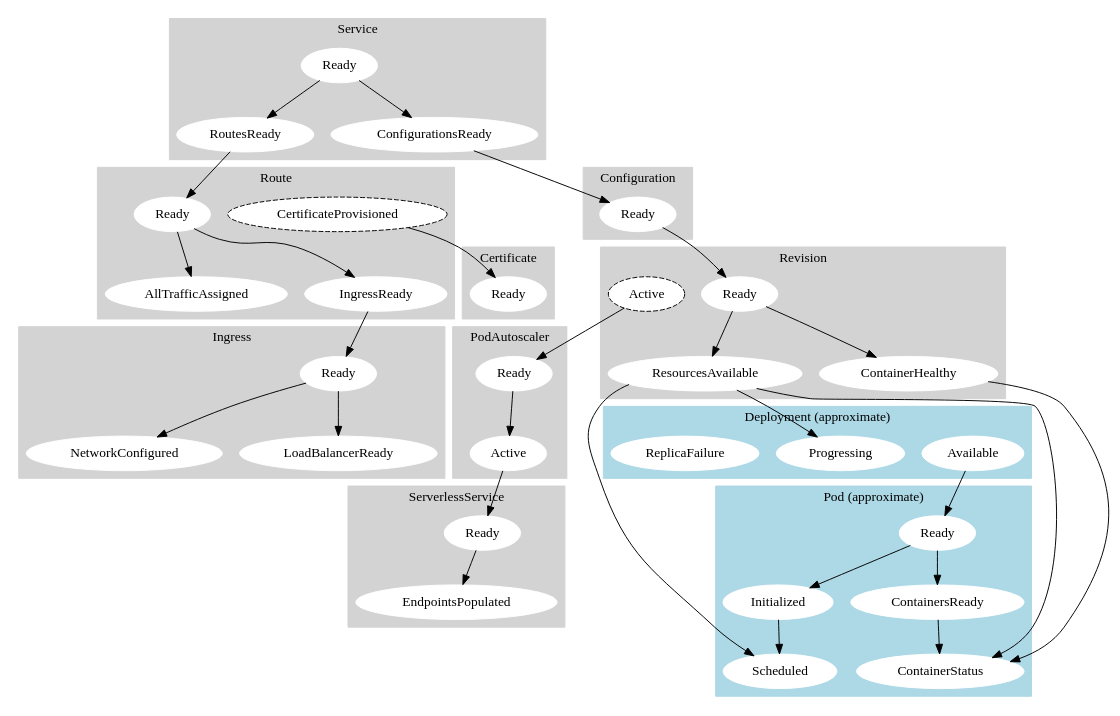
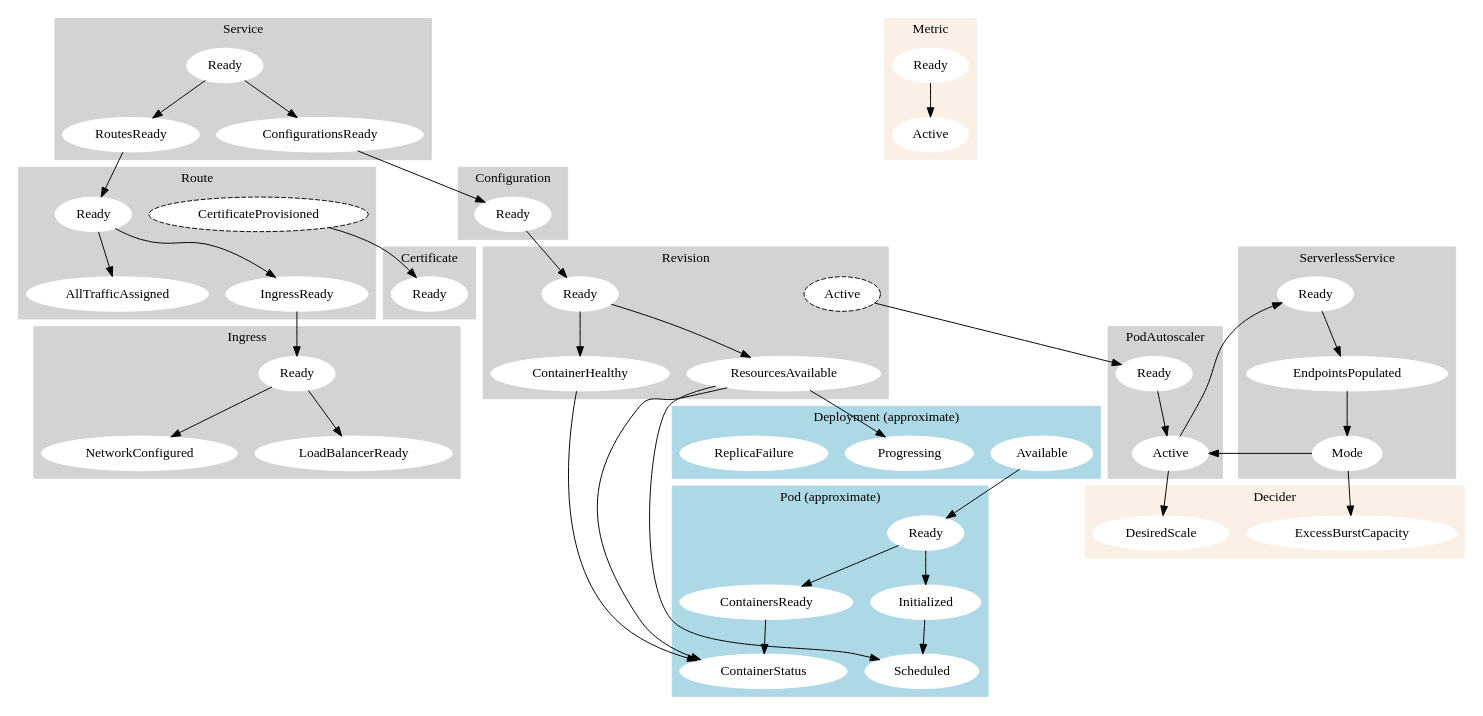
One commit to jonjohnsonjr/graphviz changed the diagram in src/lifecycle.dot. Above: the diagram before and after it, drawn with Graphviz.

Commit message:
Add pseudo-resources

```diff
--- a/src/lifecycle.dot
+++ b/src/lifecycle.dot
@@ -1,136 +1,164 @@
 digraph lifecycle {
   graph [style=filled,color=lightgrey]
   node [style=filled,color=white];
 
   subgraph cluster_service {
     label = "Service";
     href="https://godoc.org/github.com/knative/serving/pkg/apis/serving/v1alpha1#ServiceStatus"
 
     ServiceConditionReady [label=Ready, href="https://godoc.org/github.com/knative/serving/pkg/apis/serving/v1alpha1#ServiceConditionReady"]
     ServiceConditionConfigurationsReady [label=ConfigurationsReady, href="https://godoc.org/github.com/knative/serving/pkg/apis/serving/v1alpha1#ServiceConditionConfigurationsReady"]
     ServiceConditionRoutesReady [label=RoutesReady, href="https://godoc.org/github.com/knative/serving/pkg/apis/serving/v1alpha1#ServiceConditionRoutesReady"]
 
     ServiceConditionReady -> ServiceConditionConfigurationsReady
     ServiceConditionReady -> ServiceConditionRoutesReady
   }
 
   subgraph cluster_route {
     label = "Route";
     href="https://godoc.org/github.com/knative/serving/pkg/apis/serving/v1alpha1#RouteStatus"
 
     RouteConditionReady [label=Ready, href="https://godoc.org/github.com/knative/serving/pkg/apis/serving/v1alpha1#RouteConditionReady"]
     RouteConditionAllTrafficAssigned [label=AllTrafficAssigned, href="https://godoc.org/github.com/knative/serving/pkg/apis/serving/v1alpha1#RouteConditionAllTrafficAssigned"]
     RouteConditionIngressReady [label=IngressReady, href="https://godoc.org/github.com/knative/serving/pkg/apis/serving/v1alpha1#RouteConditionIngressReady"]
     RouteConditionCertificateProvisioned [label=CertificateProvisioned,style="filled,dashed",fillcolor=white,color=black, href="https://godoc.org/github.com/knative/serving/pkg/apis/serving/v1alpha1#RouteConditionCertificateProvisioned"]
 
     RouteConditionReady -> RouteConditionAllTrafficAssigned
     RouteConditionReady -> RouteConditionIngressReady
   }
 
   subgraph cluster_configuration {
     label = "Configuration";
     href="https://godoc.org/github.com/knative/serving/pkg/apis/serving/v1alpha1#ConfigurationStatus"
 
     ConfigurationConditionReady [label=Ready, href="https://godoc.org/github.com/knative/serving/pkg/apis/serving/v1alpha1#ConfigurationConditionReady"]
   }
 
   subgraph cluster_revision {
     label = "Revision";
     href="https://godoc.org/github.com/knative/serving/pkg/apis/serving/v1alpha1#RevisionStatus"
 
     RevisionConditionReady [label=Ready, href="https://godoc.org/github.com/knative/serving/pkg/apis/serving/v1alpha1#RevisionConditionReady"]
     RevisionConditionResourcesAvailable [label=ResourcesAvailable, href="https://godoc.org/github.com/knative/serving/pkg/apis/serving/v1alpha1#RevisionConditionResourcesAvailable"]
     RevisionConditionContainerHealthy [label=ContainerHealthy, href="https://godoc.org/github.com/knative/serving/pkg/apis/serving/v1alpha1#RevisionConditionContainerHealthy"]
     RevisionConditionActive [label=Active,style="filled,dashed",fillcolor=white,color=black, href="https://godoc.org/github.com/knative/serving/pkg/apis/serving/v1alpha1#RevisionConditionActive"]
 
     RevisionConditionReady -> RevisionConditionResourcesAvailable
     RevisionConditionReady -> RevisionConditionContainerHealthy
   }
 
   subgraph cluster_ingress {
     label = "Ingress";
     href="https://godoc.org/github.com/knative/serving/pkg/apis/networking/v1alpha1#IngressStatus"
 
     IngressConditionReady [label=Ready, href="https://godoc.org/github.com/knative/serving/pkg/apis/networking/v1alpha1#IngressConditionReady"]
     IngressConditionNetworkConfigured [label=NetworkConfigured, href="https://godoc.org/github.com/knative/serving/pkg/apis/networking/v1alpha1#IngressConditionNetworkConfigured"]
     IngressConditionLoadBalancerReady [label=LoadBalancerReady, href="https://godoc.org/github.com/knative/serving/pkg/apis/networking/v1alpha1#IngressConditionLoadBalancerReady"]
 
     IngressConditionReady -> IngressConditionNetworkConfigured
     IngressConditionReady -> IngressConditionLoadBalancerReady
   }
 
+  subgraph cluster_certificate {
+    label = "Certificate";
+    href="https://godoc.org/github.com/knative/serving/pkg/apis/networking/v1alpha1#CertificateStatus"
+
+    CertificateConditionReady [label=Ready, href="https://godoc.org/github.com/knative/serving/pkg/apis/networking/v1alpha1#CertificateConditionReady"]
+  }
+
   subgraph cluster_kpa {
     label = "PodAutoscaler";
     href="https://godoc.org/github.com/knative/serving/pkg/apis/autoscaling/v1alpha1#PodAutoscalerStatus"
 
     PodAutoscalerConditionReady [label=Ready, href="https://godoc.org/github.com/knative/serving/pkg/apis/autoscaling/v1alpha1#PodAutoscalerConditionReady"]
     PodAutoscalerConditionActive [label=Active, href="https://godoc.org/github.com/knative/serving/pkg/apis/autoscaling/v1alpha1#PodAutoscalerConditionActive"]
 
     PodAutoscalerConditionReady -> PodAutoscalerConditionActive
   }
 
-  subgraph cluster_certificate {
-    label = "Certificate";
-    href="https://godoc.org/github.com/knative/serving/pkg/apis/networking/v1alpha1#CertificateStatus"
+  subgraph cluster_decider {
+    label = "Decider";
+    href="https://godoc.org/github.com/knative/serving/pkg/autoscaler#DeciderStatus"
+    style = filled
+    color = linen
 
-    CertificateConditionReady [label=Ready, href="https://godoc.org/github.com/knative/serving/pkg/apis/networking/v1alpha1#CertificateConditionReady"]
+    DeciderDesiredScale [label=DesiredScale, href="https://godoc.org/github.com/knative/serving/pkg/autoscaler#DeciderStatus.DesiredScale"]
+    DeciderExcessBurstCapacity [label=ExcessBurstCapacity, href="https://godoc.org/github.com/knative/serving/pkg/autoscaler#DeciderStatus.ExcessBurstCapacity"]
+  }
+
+  subgraph cluster_metric {
+    label = "Metric";
+    href="https://godoc.org/github.com/knative/serving/pkg/apis/autoscaling/v1alpha1#MetricStatus"
+    style = filled
+    color = linen
+
+    MetricConditionReady [label=Ready, href="https://godoc.org/github.com/knative/serving/pkg/apis/autoscaling/v1alpha1#MetricConditionReady"]
+    MetricConditionActive [label=Active, href="https://godoc.org/github.com/knative/serving/pkg/apis/autoscaling/v1alpha1#MetricConditionActive"]
+
+    MetricConditionReady -> MetricConditionActive
   }
 
   subgraph cluster_sks {
     label = "ServerlessService";
     href="https://godoc.org/github.com/knative/serving/pkg/apis/networking/v1alpha1#ServerlessServiceStatus"
 
     ServerlessServiceConditionReady [label=Ready, href="https://godoc.org/github.com/knative/serving/pkg/apis/networking/v1alpha1#ServerlessServiceConditionReady"]
     ServerlessServiceConditionEndspointsPopulated [label=EndpointsPopulated, href="https://godoc.org/github.com/knative/serving/pkg/apis/networking/v1alpha1#ServerlessServiceConditionEndspointsPopulated"]
+    ServerlessServiceMode [label=Mode, href="https://godoc.org/github.com/knative/serving/pkg/apis/networking/v1alpha1#ServerlessServiceSpec.Mode"]
 
     ServerlessServiceConditionReady -> ServerlessServiceConditionEndspointsPopulated
+    ServerlessServiceConditionEndspointsPopulated -> ServerlessServiceMode
   }
 
   subgraph cluster_pods {
     label = "Pod (approximate)";
     href = "https://godoc.org/k8s.io/api/core/v1#PodStatus"
     style = filled
     color = lightblue
     PodReady [label=Ready, href="https://godoc.org/k8s.io/api/core/v1#PodReady"]
     PodScheduled [label=Scheduled, href="https://godoc.org/k8s.io/api/core/v1#PodScheduled"]
     PodInitialized [label=Initialized, href="https://godoc.org/k8s.io/api/core/v1#PodInitialized"]
     ContainersReady [label=ContainersReady, href="https://godoc.org/k8s.io/api/core/v1#ContainersReady"]
     ContainerStatus [label=ContainerStatus, href="https://godoc.org/k8s.io/api/core/v1#ContainerStatus"]
 
     PodReady -> ContainersReady
     PodReady -> PodInitialized
     PodInitialized -> PodScheduled
 
     ContainersReady -> ContainerStatus
   }
 
   subgraph cluster_deployment {
     label = "Deployment (approximate)";
     href = "https://godoc.org/k8s.io/api/apps/v1#DeploymentStatus"
     style = filled
     color = lightblue
 
     DeploymentAvailable [label=Available, href="https://godoc.org/k8s.io/api/apps/v1#DeploymentAvailable"]
     DeploymentProgressing [label=Progressing, href="https://godoc.org/k8s.io/api/apps/v1#DeploymentProgressing"]
     DeploymentReplicaFailure [label=ReplicaFailure, href="https://godoc.org/k8s.io/api/apps/v1#DeploymentReplicaFailure"]
   }
 
   ServiceConditionConfigurationsReady -> ConfigurationConditionReady
   ServiceConditionRoutesReady -> RouteConditionReady
 
   RouteConditionCertificateProvisioned -> CertificateConditionReady
   RouteConditionIngressReady -> IngressConditionReady
 
-  ConfigurationConditionReady -> RevisionConditionReady 
+  ConfigurationConditionReady -> RevisionConditionReady
 
   RevisionConditionActive -> PodAutoscalerConditionReady
 
   PodAutoscalerConditionActive -> ServerlessServiceConditionReady
+  PodAutoscalerConditionActive -> DeciderDesiredScale
 
   RevisionConditionContainerHealthy -> ContainerStatus
   RevisionConditionResourcesAvailable -> ContainerStatus
   RevisionConditionResourcesAvailable -> PodScheduled
   RevisionConditionResourcesAvailable -> DeploymentProgressing
 
+  ServerlessServiceMode -> PodAutoscalerConditionActive
+  ServerlessServiceMode -> DeciderExcessBurstCapacity
+
   DeploymentAvailable -> PodReady
 }
```
